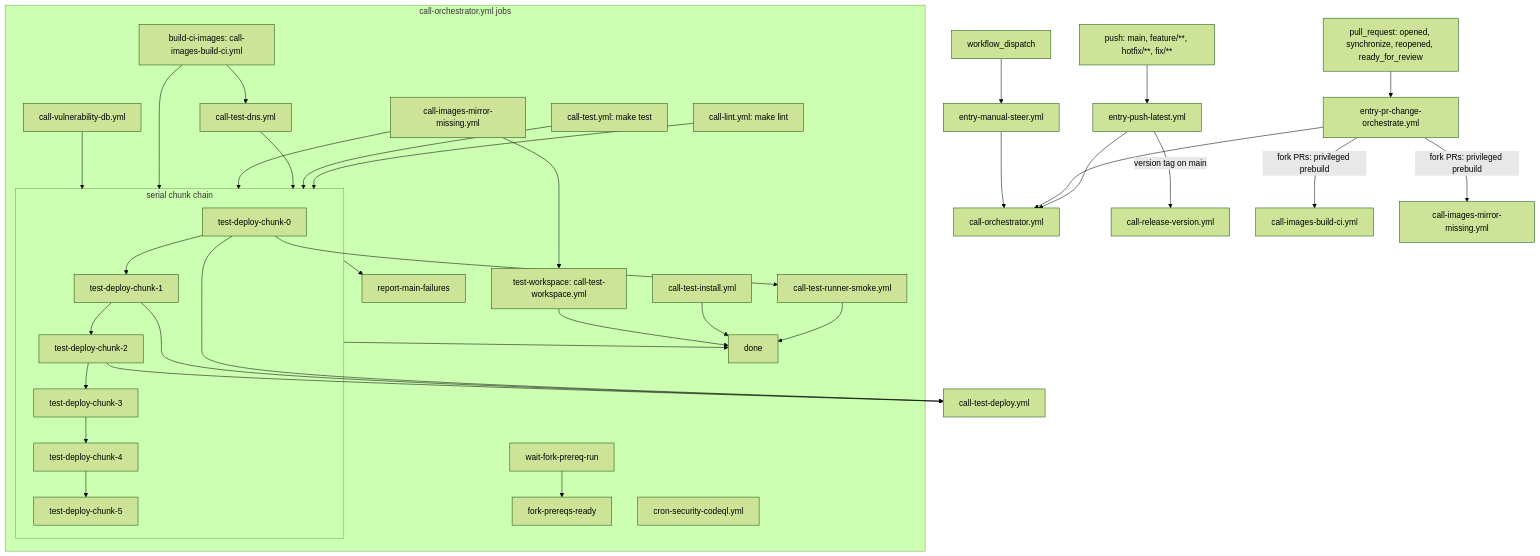
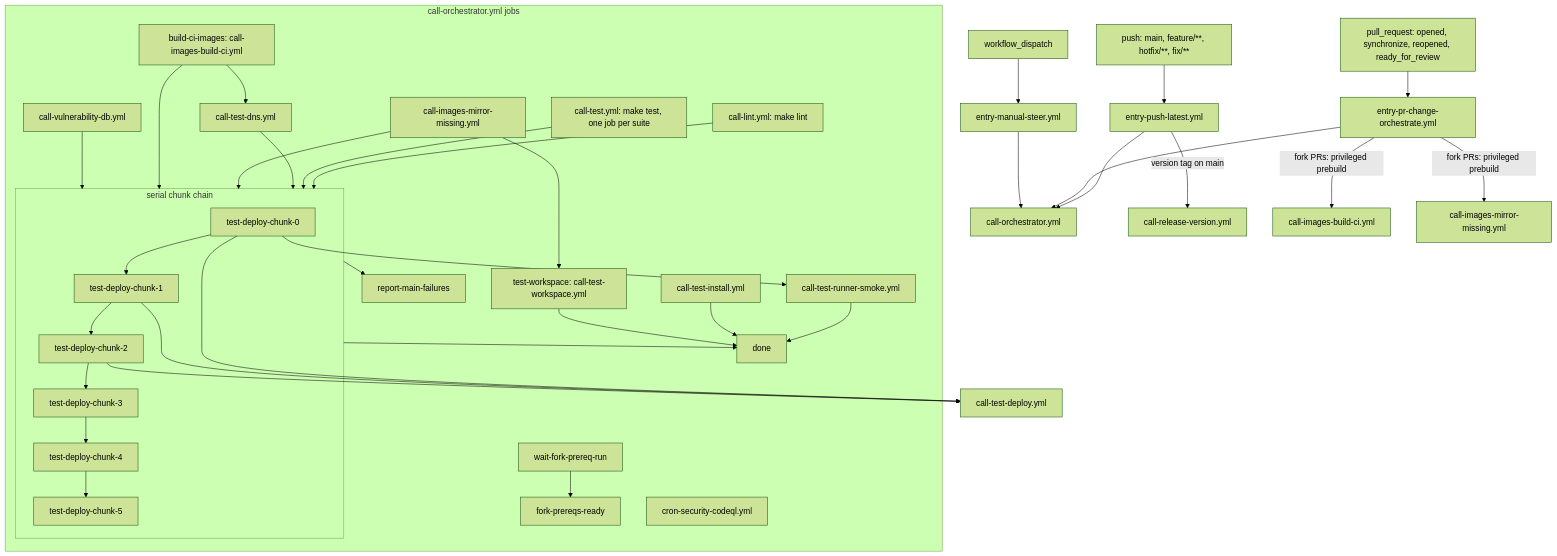
One commit to infinito-nexus/core changed the first of 3 diagrams in .github/workflows/README.md. Above: the diagram before and after it, drawn with Mermaid (forest theme). The commit also changed other lines of this file and 15 other files, not shown here.

First line of the commit message:
perf(test): split the CI test job into a suite matrix and parallelise local suites

````diff
--- a/.github/workflows/README.md
+++ b/.github/workflows/README.md
@@ -10,55 +10,55 @@
 ```mermaid
 flowchart TB
     push["push: main, feature/**, hotfix/**, fix/**"] --> epl["entry-push-latest.yml"]
     pr["pull_request: opened, synchronize, reopened, ready_for_review"] --> eprc["entry-pr-change-orchestrate.yml"]
     dispatch["workflow_dispatch"] --> eman["entry-manual-steer.yml"]
 
     epl --> orch["call-orchestrator.yml"]
     epl -->|"version tag on main"| relv["call-release-version.yml"]
     eprc --> orch
     eprc -->|"fork PRs: privileged prebuild"| imgbuild["call-images-build-ci.yml"]
     eprc -->|"fork PRs: privileged prebuild"| imgmirror["call-images-mirror-missing.yml"]
     eman --> orch
 
     subgraph orchestrator["call-orchestrator.yml jobs"]
         waitfork["wait-fork-prereq-run"] --> forkready["fork-prereqs-ready"]
 
         lintwf["call-lint.yml: make lint"]
-        testwf["call-test.yml: make test"]
+        testwf["call-test.yml: make test, one job per suite"]
         codeql["cron-security-codeql.yml"]
         buildci["build-ci-images: call-images-build-ci.yml"] --> dns["call-test-dns.yml"]
         mirror["call-images-mirror-missing.yml"]
         vulndb["call-vulnerability-db.yml"]
 
         subgraph chain["serial chunk chain"]
             chunk0["test-deploy-chunk-0"]
             chunk0 --> chunk1["test-deploy-chunk-1"]
             chunk1 --> chunk2["test-deploy-chunk-2"]
             chunk2 --> chunk3["test-deploy-chunk-3"]
             chunk3 --> chunk4["test-deploy-chunk-4"]
             chunk4 --> chunk5["test-deploy-chunk-5"]
         end
 
         lintwf --> chain
         testwf --> chain
         dns --> chain
         mirror --> chain
         buildci --> chain
         vulndb --> chain
 
         chunk0 --> smoke["call-test-runner-smoke.yml"]
         chain --> report["report-main-failures"]
 
         install["call-test-install.yml"]
         mirror --> devenv["test-workspace: call-test-workspace.yml"]
 
         chain --> donegate["done"]
         smoke --> donegate
         install --> donegate
         devenv --> donegate
     end
 
     chunk0 --> deploy["call-test-deploy.yml"]
     chunk1 --> deploy
     chunk2 --> deploy
 ```
````
